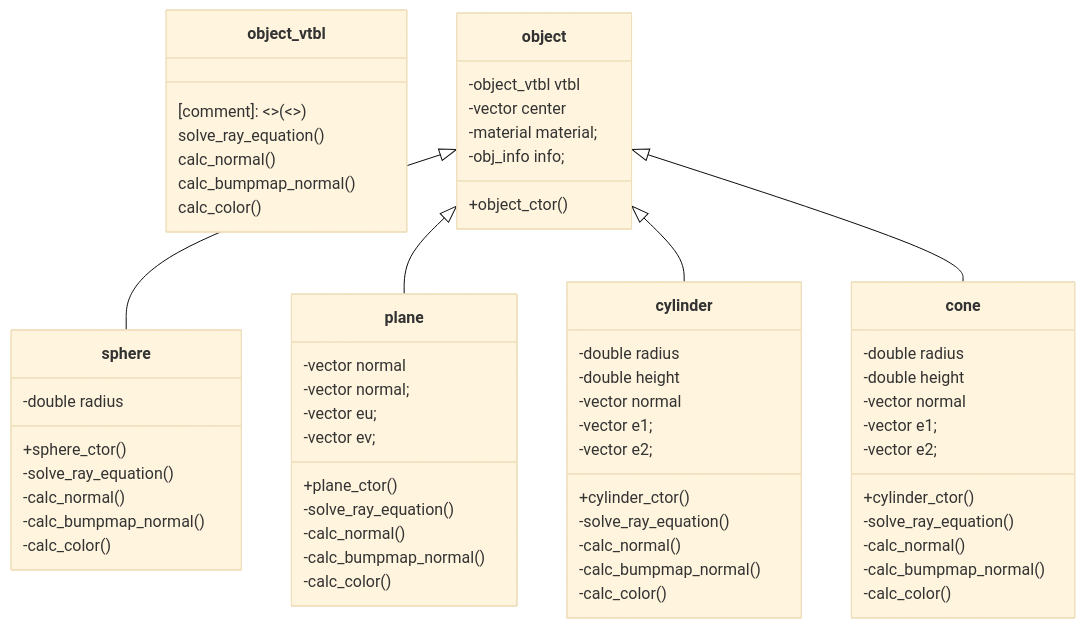
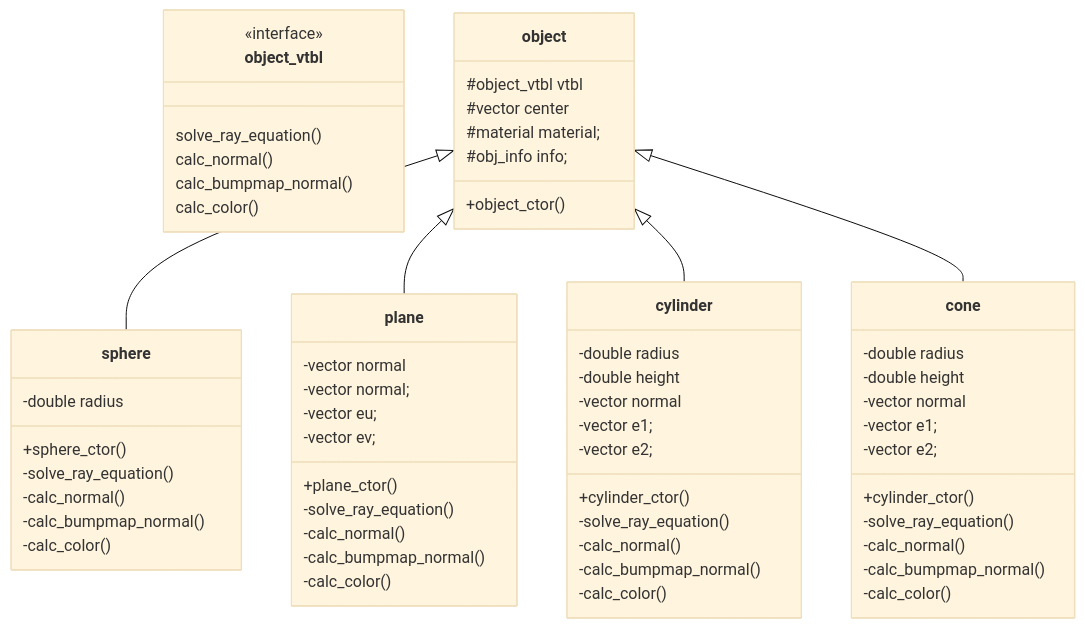
The diagram in README.en.md (moromin/miniRT), drawn with Mermaid (base theme) before and after one commit. The commit also changed 1 other file, not shown here.

Commit message:
fix: readme class diagram field description

````diff
--- a/README.en.md
+++ b/README.en.md
@@ -66,71 +66,70 @@
 ```mermaid
 classDiagram
 class object_vtbl{
-
-[comment]: <> (	<<interface>>)
+	<<interface>>
 	solve_ray_equation()
 	calc_normal()
 	calc_bumpmap_normal()
 	calc_color()
 }
 
 class object {
-	-object_vtbl vtbl
-	-vector center
-	-material	material;
-	-obj_info	info;
+	#object_vtbl vtbl
+	#vector center
+	#material	material;
+	#obj_info	info;
 	+object_ctor()
 }
 
 object <|-- sphere
 class sphere {
 	-double	radius
 	+sphere_ctor()
 	-solve_ray_equation()
 	-calc_normal()
 	-calc_bumpmap_normal()
 	-calc_color()
 }
 
 object <|-- plane
 class plane {
 	-vector	normal
 	-vector	normal;
 	-vector	eu;
 	-vector	ev;
 	+plane_ctor()
 	-solve_ray_equation()
 	-calc_normal()
 	-calc_bumpmap_normal()
 	-calc_color()
 }
 
 object <|-- cylinder
 class cylinder {
 	-double	radius
 	-double	height
 	-vector	normal
 	-vector	e1;
 	-vector	e2;
 	+cylinder_ctor()
 	-solve_ray_equation()
 	-calc_normal()
 	-calc_bumpmap_normal()
 	-calc_color()
 }
 
 object <|-- cone
 class cone {
 	-double	radius
 	-double	height
 	-vector	normal
 	-vector	e1;
 	-vector	e2;
 	+cylinder_ctor()
 	-solve_ray_equation()
 	-calc_normal()
 	-calc_bumpmap_normal()
 	-calc_color()
 }
 
 ```
````
